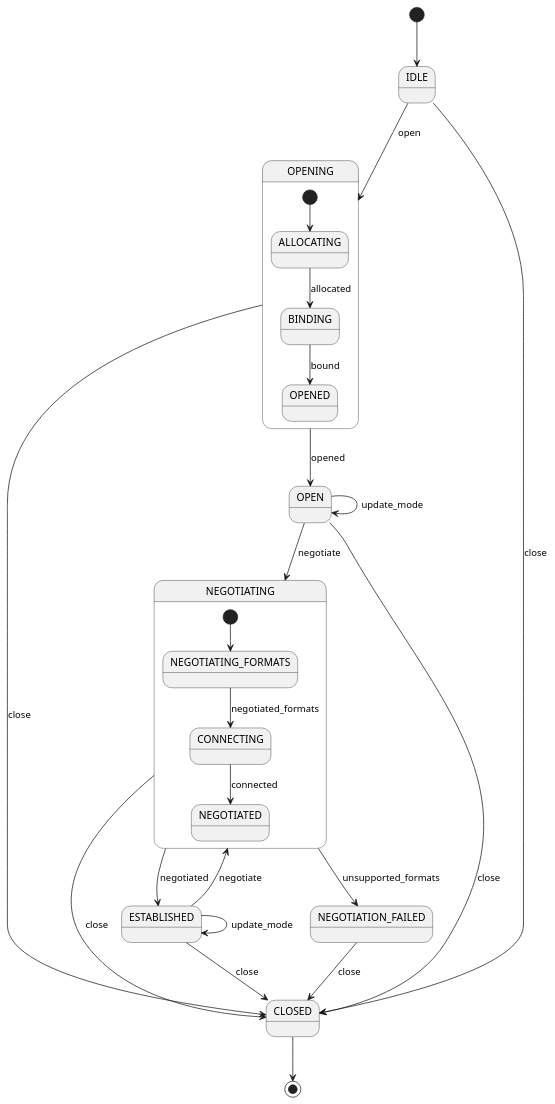
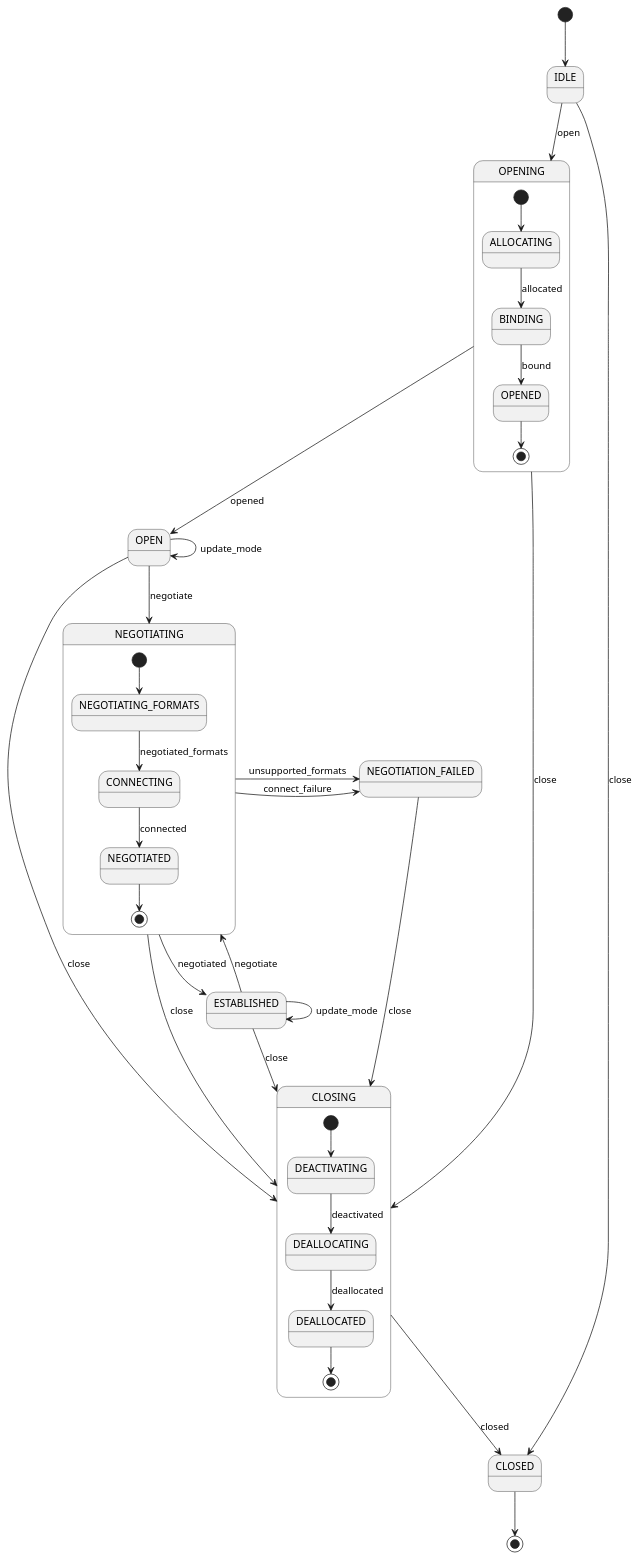
One commit to RestComm/media-core changed the diagram in architecture-diagrams/rtp/rtp-session-state.puml. Above: the diagram before and after it, drawn with PlantUML. The commit also changed 11 other files, not shown here.

Commit message:
#445 Implemented super-state CLOSING for RTP Session FSM. Wrote test cases and updated state diagram.

```diff
--- a/architecture-diagrams/rtp/rtp-session-state.puml
+++ b/architecture-diagrams/rtp/rtp-session-state.puml
@@ -1,30 +1,48 @@
 @startuml
 state OPENING {
 [*] --> ALLOCATING
 ALLOCATING --> BINDING : allocated
 BINDING --> OPENED : bound
+OPENED --> [*]
 }
 
 state NEGOTIATING {
 [*] --> NEGOTIATING_FORMATS
 NEGOTIATING_FORMATS --> CONNECTING : negotiated_formats
 CONNECTING --> NEGOTIATED : connected
+NEGOTIATED --> [*]
+}
+
+state CLOSING {
+[*] --> DEACTIVATING
+DEACTIVATING --> DEALLOCATING : deactivated
+DEALLOCATING --> DEALLOCATED : deallocated
+DEALLOCATED --> [*]
 }
 
 [*] --> IDLE
 IDLE --> OPENING : open
 IDLE --> CLOSED : close
+
 OPENING --> OPEN : opened
-OPENING --> CLOSED : close
+OPENING --> CLOSING : close
+
 OPEN --> NEGOTIATING : negotiate
 OPEN --> OPEN : update_mode
-OPEN --> CLOSED : close
+OPEN --> CLOSING : close
+
 NEGOTIATING --> ESTABLISHED : negotiated
-NEGOTIATING --> NEGOTIATION_FAILED : unsupported_formats
-NEGOTIATING --> CLOSED : close
-NEGOTIATION_FAILED --> CLOSED : close
+NEGOTIATING -> NEGOTIATION_FAILED : unsupported_formats
+NEGOTIATING -> NEGOTIATION_FAILED : connect_failure
+NEGOTIATING --> CLOSING : close
+
+NEGOTIATION_FAILED --> CLOSING : close
+
 ESTABLISHED --> NEGOTIATING : negotiate
 ESTABLISHED --> ESTABLISHED : update_mode
-ESTABLISHED --> CLOSED : close
+ESTABLISHED --> CLOSING : close
+
+CLOSING --> CLOSED : closed
+
 CLOSED --> [*]
 @enduml
```
